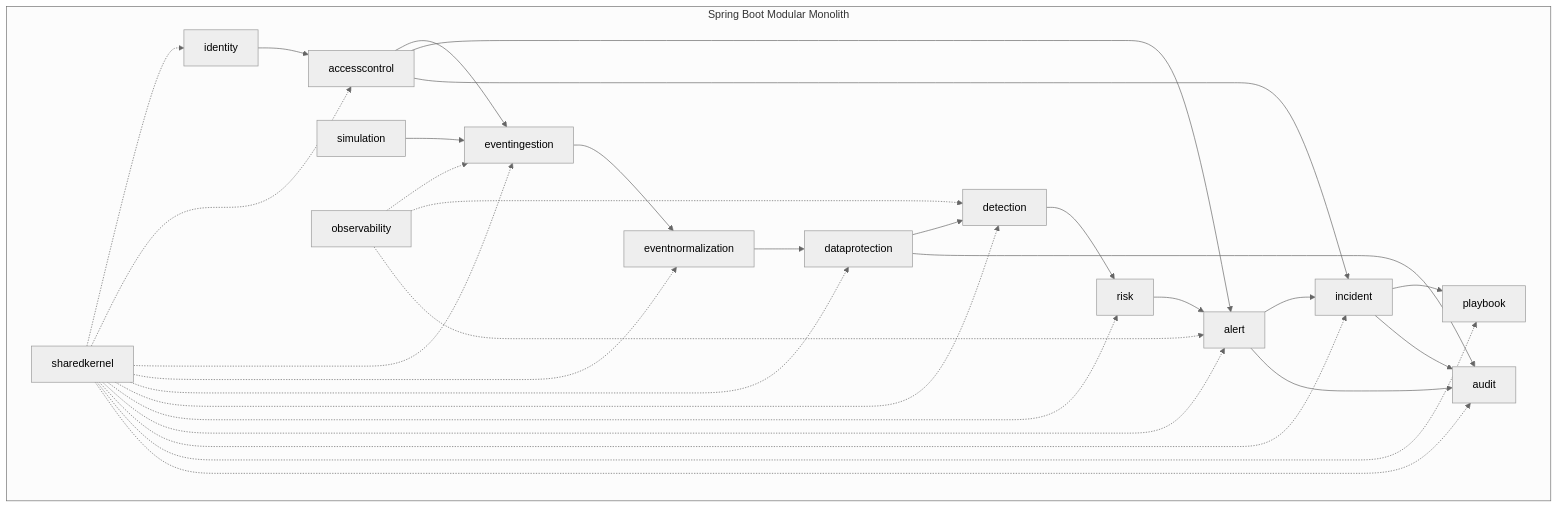
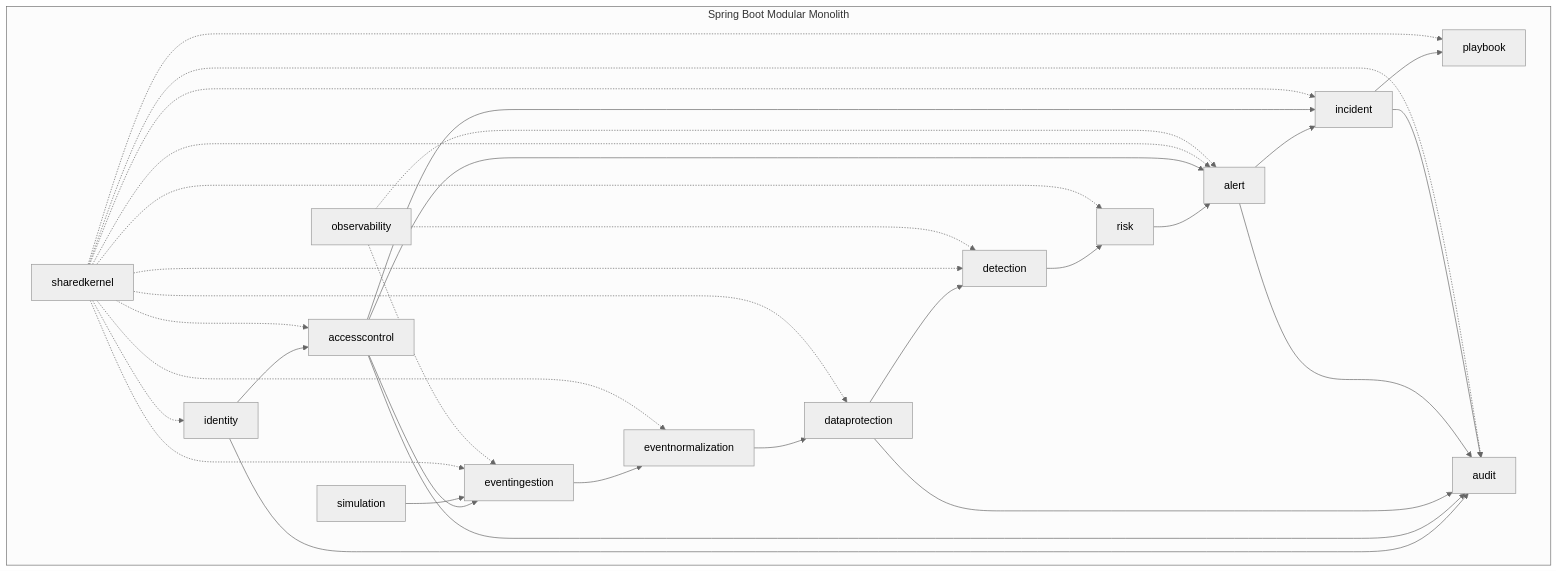
Before and after one commit to arthurlleite/CoopShield-SOC: the second of 4 diagrams in docs/architecture/overview.md, drawn with Mermaid (neutral theme). The commit also changed 2 other files, not shown here.

Commit message:
docs: document Phase 2 authentication design and update architecture
Add ADR-011 explaining why identity/audit use in-memory adapters ahead
of MongoDB (Phase 3), update the module dependency diagram to show
identity and accesscontrol writing to audit, and document the new
auth endpoints, synthetic credentials, authorization route rules and
security configuration properties in backend/README.md.

````diff
--- a/docs/architecture/overview.md
+++ b/docs/architecture/overview.md
@@ -51,49 +51,51 @@
 ```mermaid
 flowchart TB
     subgraph Modulos["Spring Boot Modular Monolith"]
         IDT["identity"]
         ACC["accesscontrol"]
         ING["eventingestion"]
         NORM["eventnormalization"]
         DP["dataprotection"]
         DET["detection"]
         RISK["risk"]
         ALERT["alert"]
         INC["incident"]
         PB["playbook"]
         AUD["audit"]
         OBSV["observability"]
         SIM["simulation"]
         SK["sharedkernel"]
     end
 
     ING --> NORM
     NORM --> DP
     DP --> DET
     DET --> RISK
     RISK --> ALERT
     ALERT --> INC
     INC --> PB
     IDT --> ACC
     ACC --> ING
     ACC --> ALERT
     ACC --> INC
+    IDT --> AUD
+    ACC --> AUD
     DP --> AUD
     ALERT --> AUD
     INC --> AUD
     SIM --> ING
     SK -.-> IDT
     SK -.-> ACC
     SK -.-> ING
     SK -.-> NORM
     SK -.-> DP
     SK -.-> DET
     SK -.-> RISK
     SK -.-> ALERT
     SK -.-> INC
     SK -.-> PB
     SK -.-> AUD
     OBSV -.-> ING
     OBSV -.-> DET
     OBSV -.-> ALERT
 ```
````
